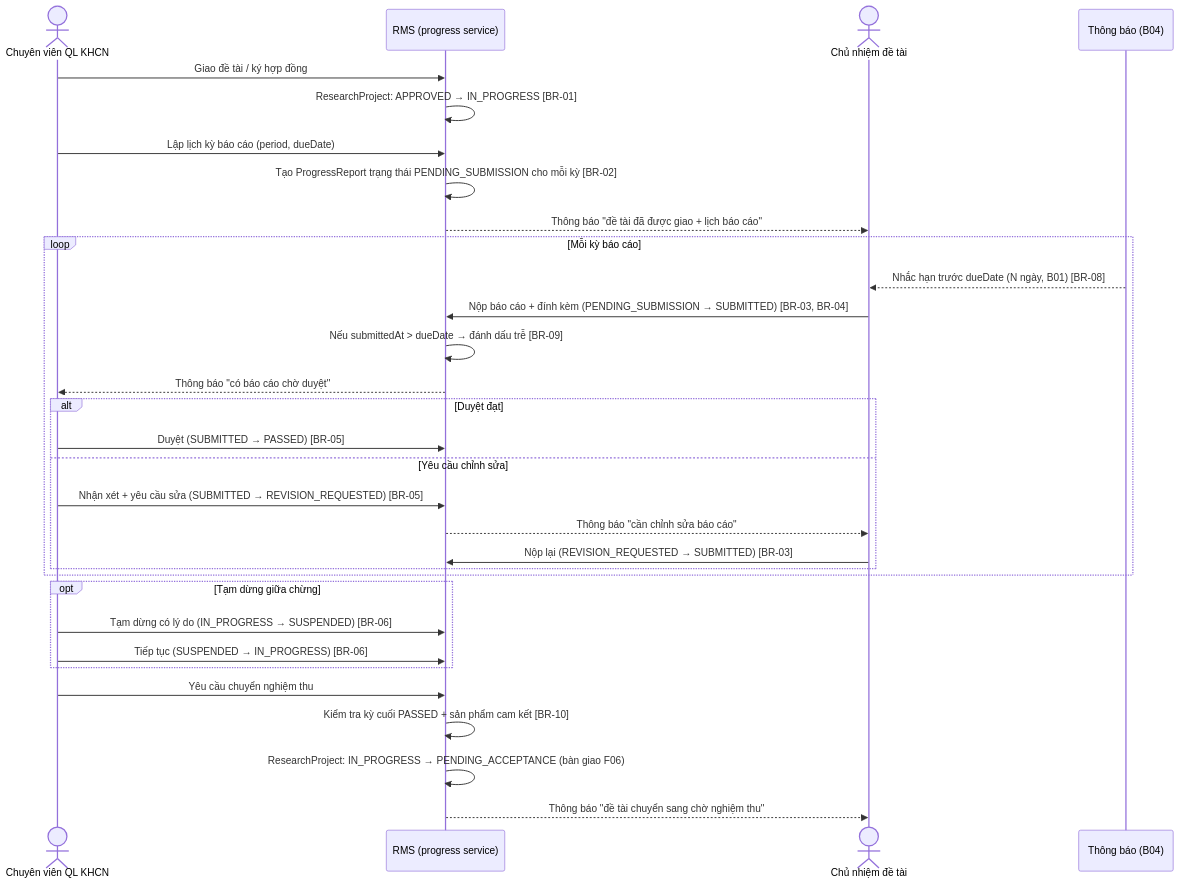
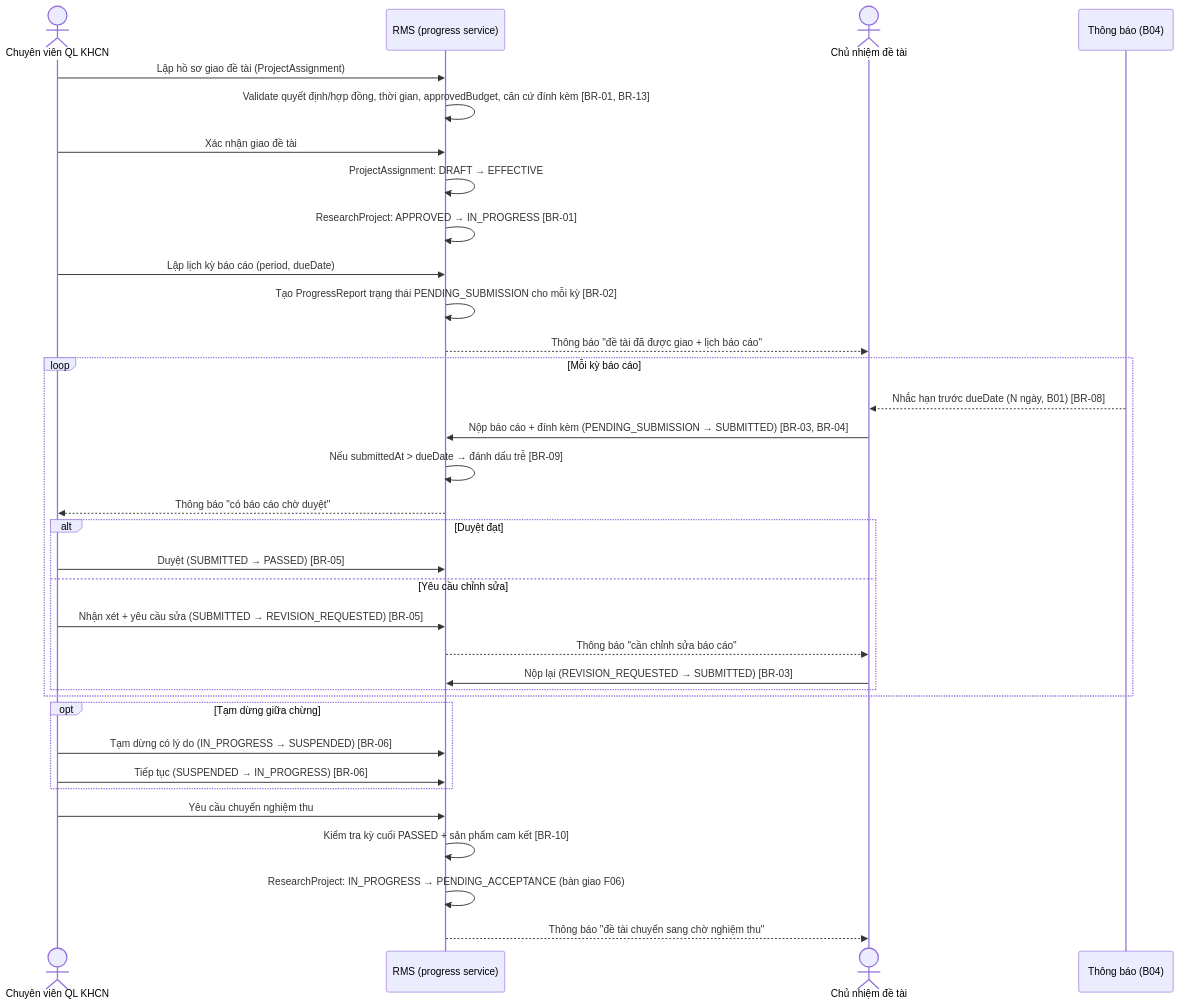
Before and after one commit to PTZero2026/rms-docs: the first of 3 diagrams in docs/features/F04-quan-ly-tien-do/spec.md, drawn with Mermaid. The commit also changed other lines of this file and 12 other files, not shown here.

````diff
--- a/docs/features/F04-quan-ly-tien-do/spec.md
+++ b/docs/features/F04-quan-ly-tien-do/spec.md
@@ -61,37 +68,40 @@
 ```mermaid
 sequenceDiagram
     actor CV as Chuyên viên QL KHCN
     participant SYS as RMS (progress service)
     actor CN as Chủ nhiệm đề tài
     participant B04 as Thông báo (B04)
 
-    CV->>SYS: Giao đề tài / ký hợp đồng
+    CV->>SYS: Lập hồ sơ giao đề tài (ProjectAssignment)
+    SYS->>SYS: Validate quyết định/hợp đồng, thời gian, approvedBudget, căn cứ đính kèm [BR-01, BR-13]
+    CV->>SYS: Xác nhận giao đề tài
+    SYS->>SYS: ProjectAssignment: DRAFT → EFFECTIVE
     SYS->>SYS: ResearchProject: APPROVED → IN_PROGRESS [BR-01]
     CV->>SYS: Lập lịch kỳ báo cáo (period, dueDate)
     SYS->>SYS: Tạo ProgressReport trạng thái PENDING_SUBMISSION cho mỗi kỳ [BR-02]
     SYS-->>CN: Thông báo "đề tài đã được giao + lịch báo cáo"
 
     loop Mỗi kỳ báo cáo
         B04-->>CN: Nhắc hạn trước dueDate (N ngày, B01) [BR-08]
         CN->>SYS: Nộp báo cáo + đính kèm (PENDING_SUBMISSION → SUBMITTED) [BR-03, BR-04]
         SYS->>SYS: Nếu submittedAt > dueDate → đánh dấu trễ [BR-09]
         SYS-->>CV: Thông báo "có báo cáo chờ duyệt"
         alt Duyệt đạt
             CV->>SYS: Duyệt (SUBMITTED → PASSED) [BR-05]
         else Yêu cầu chỉnh sửa
             CV->>SYS: Nhận xét + yêu cầu sửa (SUBMITTED → REVISION_REQUESTED) [BR-05]
             SYS-->>CN: Thông báo "cần chỉnh sửa báo cáo"
             CN->>SYS: Nộp lại (REVISION_REQUESTED → SUBMITTED) [BR-03]
         end
     end
 
     opt Tạm dừng giữa chừng
         CV->>SYS: Tạm dừng có lý do (IN_PROGRESS → SUSPENDED) [BR-06]
         CV->>SYS: Tiếp tục (SUSPENDED → IN_PROGRESS) [BR-06]
     end
 
     CV->>SYS: Yêu cầu chuyển nghiệm thu
     SYS->>SYS: Kiểm tra kỳ cuối PASSED + sản phẩm cam kết [BR-10]
     SYS->>SYS: ResearchProject: IN_PROGRESS → PENDING_ACCEPTANCE (bàn giao F06)
     SYS-->>CN: Thông báo "đề tài chuyển sang chờ nghiệm thu"
 ```
````
